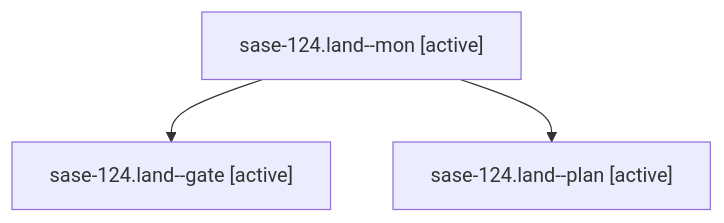
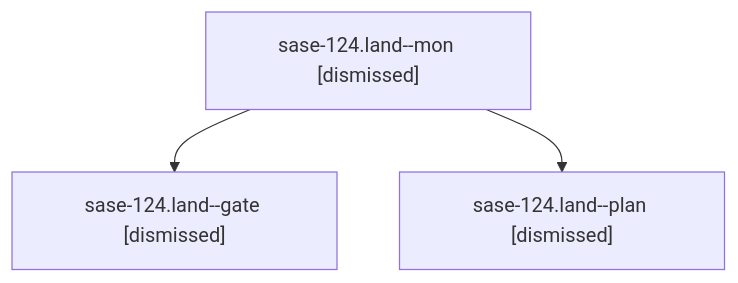
The diagram in sessions/bbugyi200.athena.sase-124.land.md (sase-org/sase--agents), drawn with Mermaid before and after one commit. The commit also changed other lines of this file and 306 other files, not shown here.

````diff
--- a/sessions/bbugyi200.athena.sase-124.land.md
+++ b/sessions/bbugyi200.athena.sase-124.land.md
@@ -9,8 +9,8 @@
 ```mermaid
 flowchart TD
-  n0["sase-124.land--mon [active]"]
-  n1["sase-124.land--gate [active]"]
+  n0["sase-124.land--mon [dismissed]"]
+  n1["sase-124.land--gate [dismissed]"]
   n0 --> n1
-  n2["sase-124.land--plan [active]"]
+  n2["sase-124.land--plan [dismissed]"]
   n0 --> n2
 ```
````
